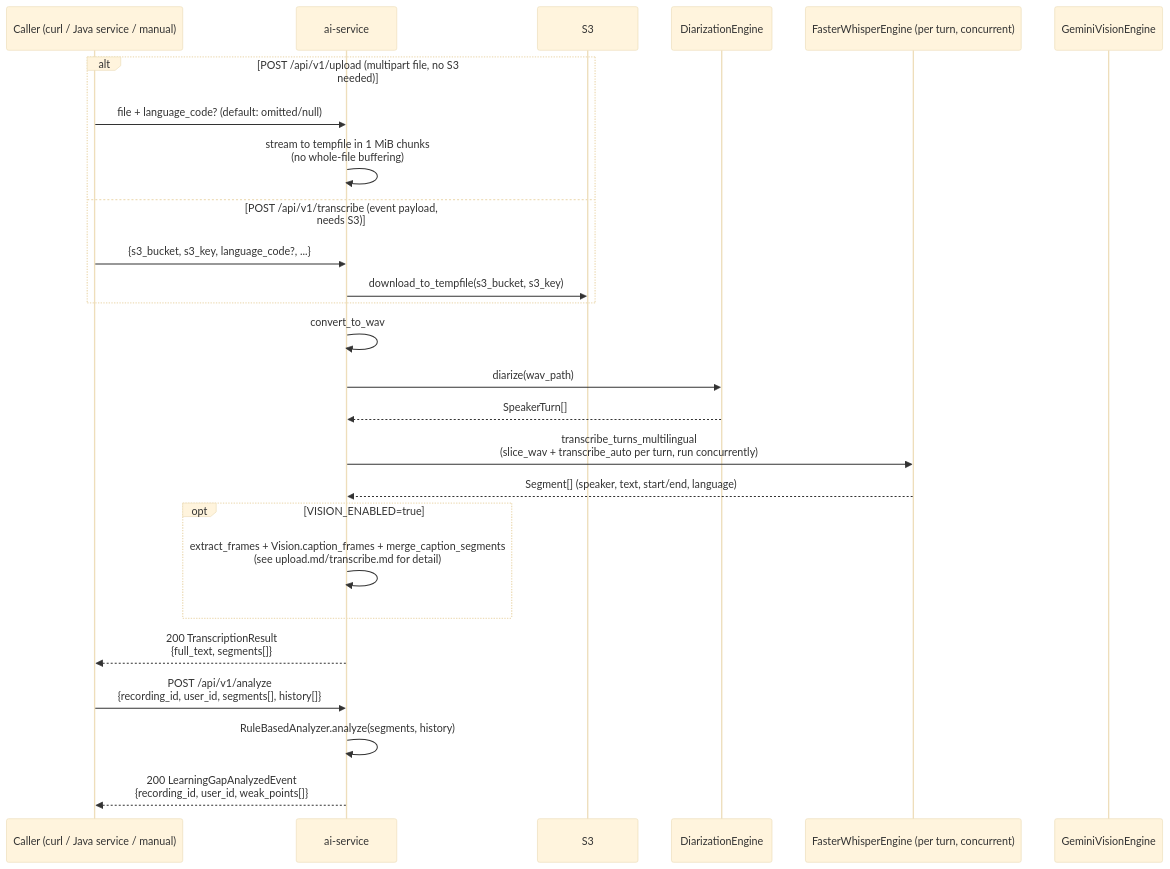
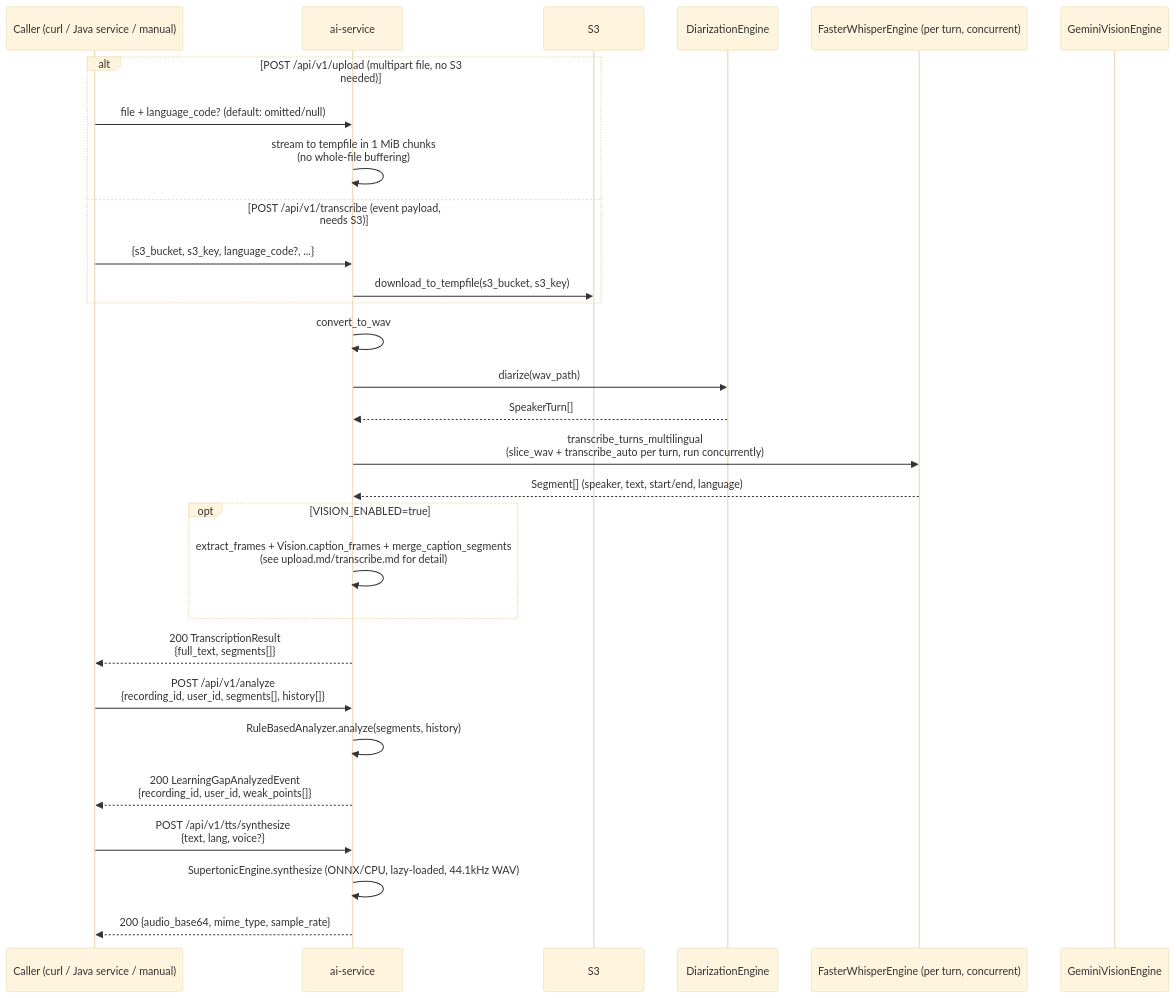
One commit to CuongNguyen13/RemeLearning changed the second of 2 diagrams in docs/sequence/Ai_service/overview.md. Above: the diagram before and after it, drawn with Mermaid. The commit also changed other lines of this file and 239 other files, not shown here.

````diff
--- a/docs/sequence/Ai_service/overview.md
+++ b/docs/sequence/Ai_service/overview.md
@@ -79,38 +79,42 @@
 ```mermaid
 ---
 config:
   theme: base
   themeVariables:
     background: '#ffffff'
 ---
 sequenceDiagram
     participant Caller as Caller (curl / Java service / manual)
     participant AI as ai-service
     participant S3
     participant Diar as DiarizationEngine
     participant Whisper as FasterWhisperEngine (per turn, concurrent)
     participant Vision as GeminiVisionEngine
 
     alt POST /api/v1/upload (multipart file, no S3 needed)
         Caller->>AI: file + language_code? (default: omitted/null)
         AI->>AI: stream to tempfile in 1 MiB chunks<br/>(no whole-file buffering)
     else POST /api/v1/transcribe (event payload, needs S3)
         Caller->>AI: {s3_bucket, s3_key, language_code?, ...}
         AI->>S3: download_to_tempfile(s3_bucket, s3_key)
     end
     AI->>AI: convert_to_wav
     AI->>Diar: diarize(wav_path)
     Diar-->>AI: SpeakerTurn[]
     AI->>Whisper: transcribe_turns_multilingual<br/>(slice_wav + transcribe_auto per turn, run concurrently)
     Whisper-->>AI: Segment[] (speaker, text, start/end, language)
 
     opt VISION_ENABLED=true
         AI->>AI: extract_frames + Vision.caption_frames + merge_caption_segments<br/>(see upload.md/transcribe.md for detail)
     end
 
     AI-->>Caller: 200 TranscriptionResult<br/>{full_text, segments[]}
 
     Caller->>AI: POST /api/v1/analyze<br/>{recording_id, user_id, segments[], history[]}
     AI->>AI: RuleBasedAnalyzer.analyze(segments, history)
     AI-->>Caller: 200 LearningGapAnalyzedEvent<br/>{recording_id, user_id, weak_points[]}
+
+    Caller->>AI: POST /api/v1/tts/synthesize<br/>{text, lang, voice?}
+    AI->>AI: SupertonicEngine.synthesize (ONNX/CPU, lazy-loaded, 44.1kHz WAV)
+    AI-->>Caller: 200 {audio_base64, mime_type, sample_rate}
 ```
````
